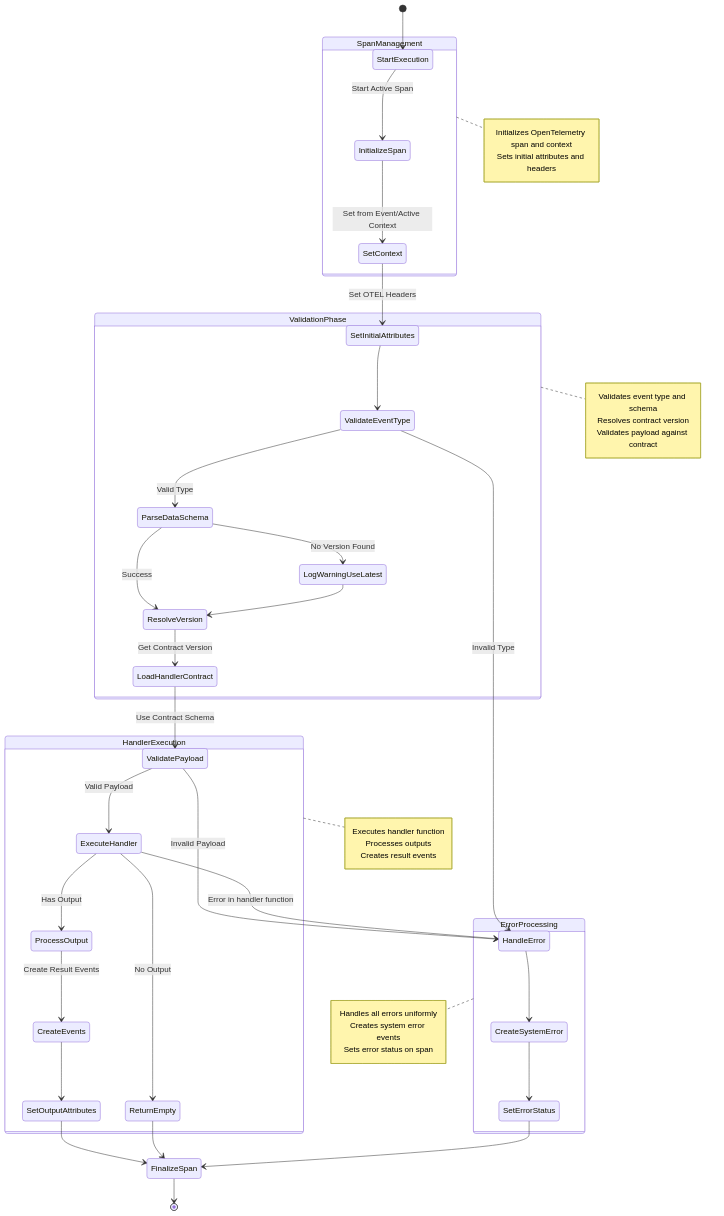
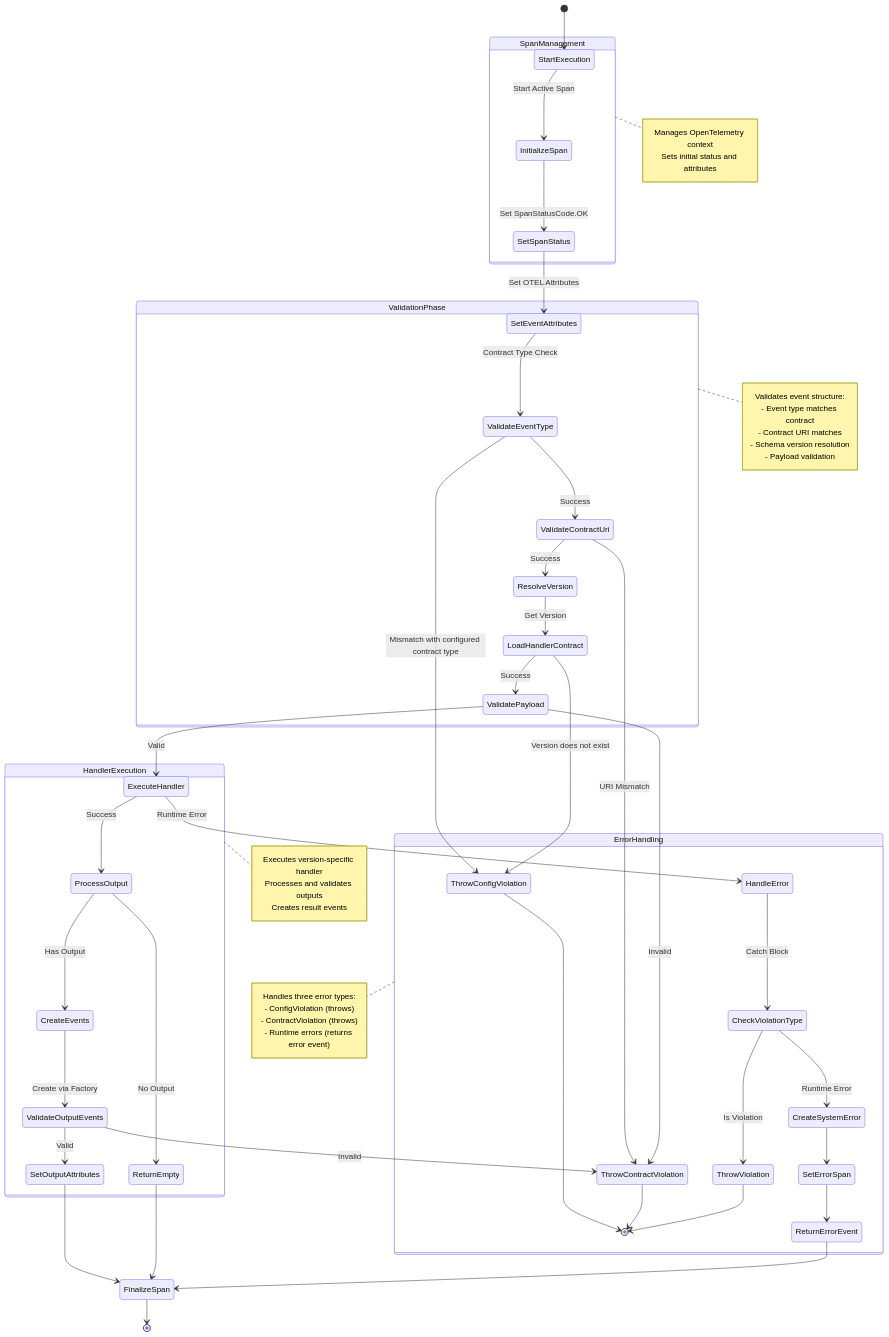
One commit to SaadAhmad123/arvo-event-handler changed the first of 2 diagrams in src/ArvoEventHandler/ExecutionDiagrams.md. Above: the diagram before and after it, drawn with Mermaid. The commit also changed other lines of this file and 22 other files, not shown here.

````diff
--- a/src/ArvoEventHandler/ExecutionDiagrams.md
+++ b/src/ArvoEventHandler/ExecutionDiagrams.md
@@ -17,68 +17,81 @@
 ```mermaid
 stateDiagram-v2
     [*] --> StartExecution
 
     state SpanManagement {
         StartExecution --> InitializeSpan: Start Active Span
-        InitializeSpan --> SetContext: Set from Event/Active Context
-        SetContext --> SetInitialAttributes: Set OTEL Headers
+        InitializeSpan --> SetSpanStatus: Set SpanStatusCode.OK
+        SetSpanStatus --> SetEventAttributes: Set OTEL Attributes
     }
 
     state ValidationPhase {
-        SetInitialAttributes --> ValidateEventType
-        ValidateEventType --> ParseDataSchema: Valid Type
-        ValidateEventType --> HandleError: Invalid Type
+        SetEventAttributes --> ValidateEventType: Contract Type Check
+        ValidateEventType --> ValidateContractUri: Success
+        ValidateEventType --> ThrowConfigViolation: Mismatch with configured contract type
+        
+        ValidateContractUri --> ResolveVersion: Success
+        ValidateContractUri --> ThrowContractViolation: URI Mismatch
 
-        ParseDataSchema --> ResolveVersion: Success
-        ParseDataSchema --> LogWarningUseLatest: No Version Found
-        LogWarningUseLatest --> ResolveVersion
-
-        ResolveVersion --> LoadHandlerContract: Get Contract Version
-        LoadHandlerContract --> ValidatePayload: Use Contract Schema
+        ResolveVersion --> LoadHandlerContract: Get Version
+        LoadHandlerContract --> ValidatePayload: Success
+        LoadHandlerContract --> ThrowConfigViolation: Version does not exist
+        ValidatePayload --> ExecuteHandler: Valid
+        ValidatePayload --> ThrowContractViolation: Invalid
     }
 
     state HandlerExecution {
-        ValidatePayload --> ExecuteHandler: Valid Payload
-        ValidatePayload --> HandleError: Invalid Payload
-
-        ExecuteHandler --> ProcessOutput: Has Output
-        ExecuteHandler --> ReturnEmpty: No Output
-        ExecuteHandler --> HandleError: Error in handler function
-
-        ProcessOutput --> CreateEvents: Create Result Events
-        CreateEvents --> SetOutputAttributes
+        ExecuteHandler --> ProcessOutput: Success
+        ExecuteHandler --> HandleError: Runtime Error
+        
+        ProcessOutput --> CreateEvents: Has Output
+        ProcessOutput --> ReturnEmpty: No Output
+        
+        CreateEvents --> ValidateOutputEvents: Create via Factory
+        ValidateOutputEvents --> SetOutputAttributes: Valid
+        ValidateOutputEvents --> ThrowContractViolation: Invalid
     }
 
-    state ErrorProcessing {
-        HandleError --> CreateSystemError
-        CreateSystemError --> SetErrorStatus
+    state ErrorHandling {
+        HandleError --> CheckViolationType: Catch Block
+        CheckViolationType --> ThrowViolation: Is Violation
+        CheckViolationType --> CreateSystemError: Runtime Error
+        
+        ThrowConfigViolation --> [*]
+        ThrowContractViolation --> [*]
+        ThrowViolation --> [*]
+        
+        CreateSystemError --> SetErrorSpan
+        SetErrorSpan --> ReturnErrorEvent
     }
 
     SetOutputAttributes --> FinalizeSpan
     ReturnEmpty --> FinalizeSpan
-    SetErrorStatus --> FinalizeSpan
+    ReturnErrorEvent --> FinalizeSpan
     FinalizeSpan --> [*]
 
     note right of SpanManagement
-        Initializes OpenTelemetry span and context
-        Sets initial attributes and headers
+        Manages OpenTelemetry context
+        Sets initial status and attributes
     end note
 
     note right of ValidationPhase
-        Validates event type and schema
-        Resolves contract version
-        Validates payload against contract
+        Validates event structure:
+        - Event type matches contract
+        - Contract URI matches
+        - Schema version resolution
+        - Payload validation
     end note
 
     note right of HandlerExecution
-        Executes handler function
-        Processes outputs
+        Executes version-specific handler
+        Processes and validates outputs
         Creates result events
     end note
 
-    note right of ErrorProcessing
-        Handles all errors uniformly
-        Creates system error events
-        Sets error status on span
+    note right of ErrorHandling
+        Handles three error types:
+        - ConfigViolation (throws)
+        - ContractViolation (throws)
+        - Runtime errors (returns error event)
     end note
 ```
````
